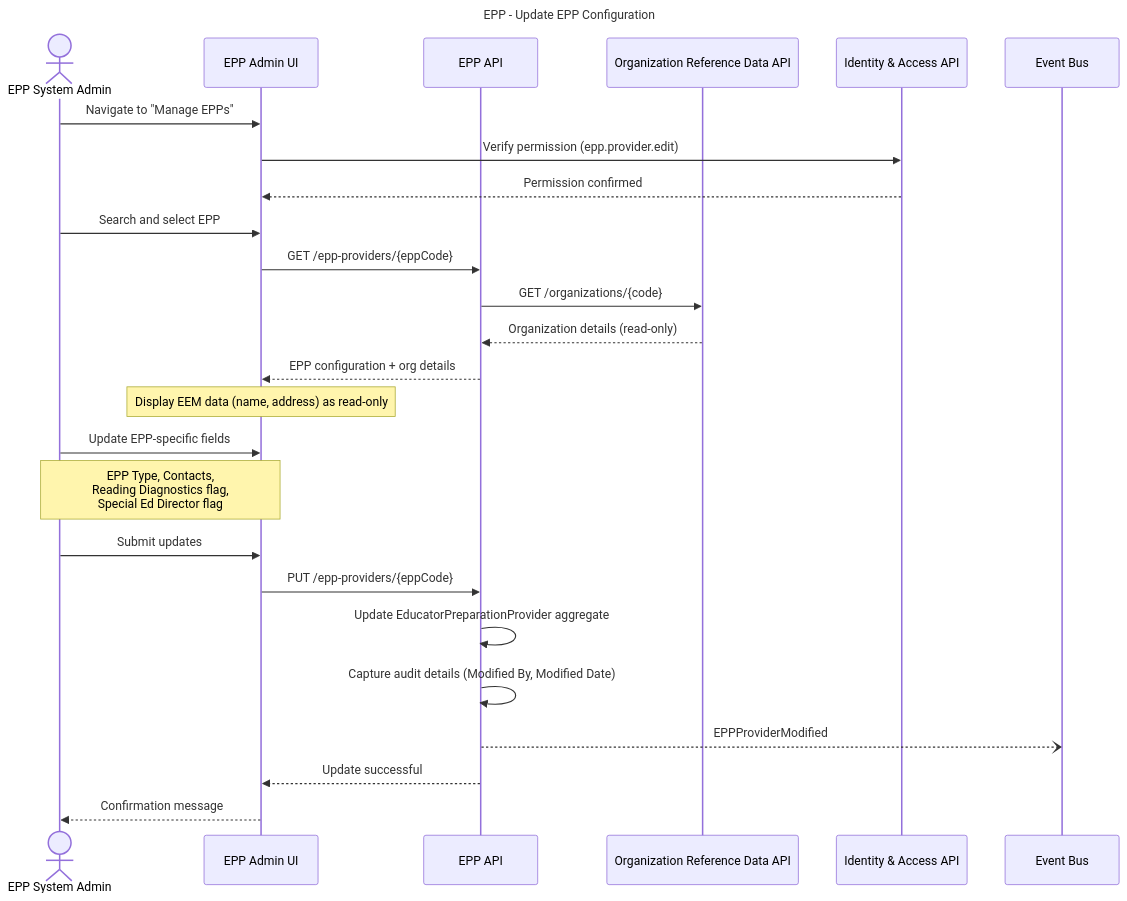
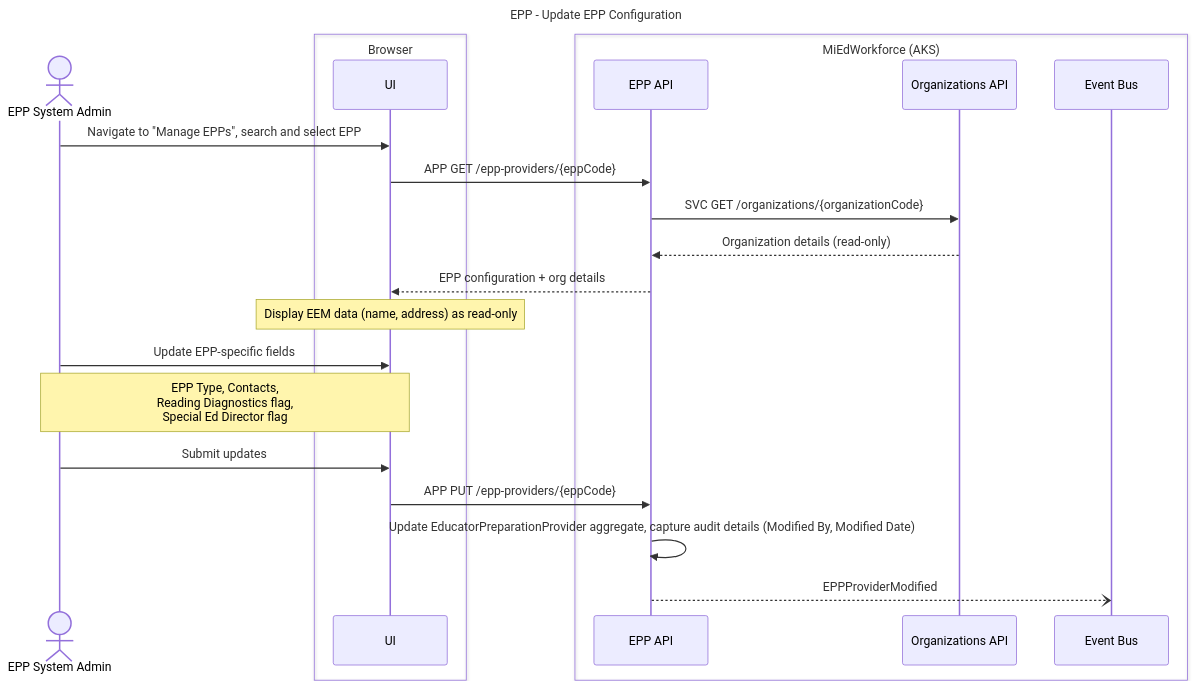
The second of 29 diagrams in working-docs/solution-areas/epp/epp-sequences.md (mnichols-dl/mied-design), drawn with Mermaid before and after one commit. The commit also changed other lines of this file and 34 other files, not shown here.

Commit message:
Update sequences and perform RTM assessment

````diff
--- a/working-docs/solution-areas/epp/epp-sequences.md
+++ b/working-docs/solution-areas/epp/epp-sequences.md
@@ -93,37 +88,33 @@
 ```mermaid
 ---
 title: EPP - Update EPP Configuration
 ---
 sequenceDiagram
     actor Admin as EPP System Admin
-    participant UI as EPP Admin UI
-    participant EPPService as EPP API
-    participant OrgRef as Organization Reference Data API
-    participant IAM as Identity & Access API
+    box Browser
+    participant UI as UI
+    end
+    box MiEdWorkforce (AKS)
+    participant EppApi as EPP API
+    participant OrgApi as Organizations API
     participant EventBus as Event Bus
-    
-    Admin->>UI: Navigate to "Manage EPPs"
-    UI->>IAM: Verify permission (epp.provider.edit)
-    IAM-->>UI: Permission confirmed
-    
-    Admin->>UI: Search and select EPP
-    UI->>EPPService: GET /epp-providers/{eppCode}
-    EPPService->>OrgRef: GET /organizations/{code}
-    OrgRef-->>EPPService: Organization details (read-only)
-    EPPService-->>UI: EPP configuration + org details
-    
+    end
+
+    Admin->>UI: Navigate to "Manage EPPs", search and select EPP
+    UI->>EppApi: APP GET /epp-providers/{eppCode}
+    EppApi->>OrgApi: SVC GET /organizations/{organizationCode}
+    OrgApi-->>EppApi: Organization details (read-only)
+    EppApi-->>UI: EPP configuration + org details
+
     Note over UI: Display EEM data (name, address) as read-only
-    
+
     Admin->>UI: Update EPP-specific fields
     Note over Admin,UI: EPP Type, Contacts,<br/>Reading Diagnostics flag,<br/>Special Ed Director flag
-    
+
     Admin->>UI: Submit updates
-    UI->>EPPService: PUT /epp-providers/{eppCode}
-    
-    EPPService->>EPPService: Update EducatorPreparationProvider aggregate
-    EPPService->>EPPService: Capture audit details (Modified By, Modified Date)
-    
-    EPPService--)EventBus: EPPProviderModified
-    EPPService-->>UI: Update successful
-    UI-->>Admin: Confirmation message
+    UI->>EppApi: APP PUT /epp-providers/{eppCode}
+
+    EppApi->>EppApi: Update EducatorPreparationProvider aggregate, capture audit details (Modified By, Modified Date)
+
+    EppApi--)EventBus: EPPProviderModified
 ```
````
